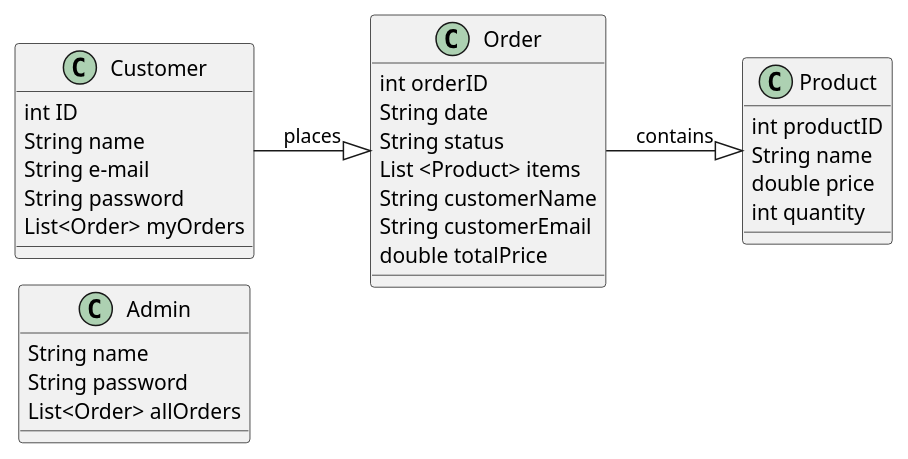
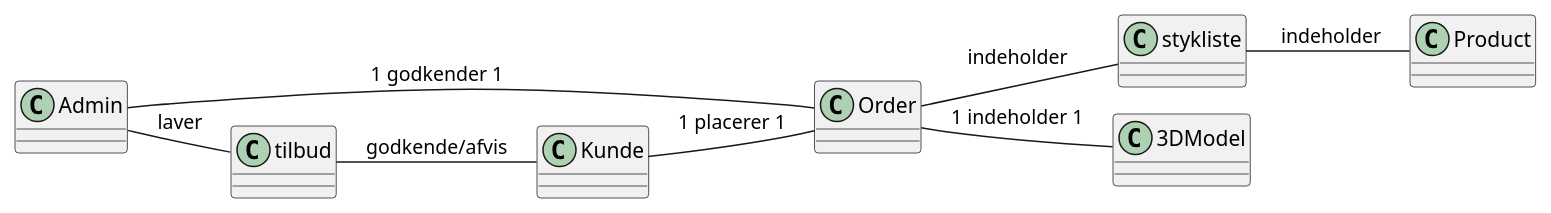
Before and after one commit to JuliusLansner/CarportWebapp: the diagram in src/main/plantUML/domain_diagram.puml, drawn with PlantUML. The commit also changed 2 other files, not shown here.

Commit message:
joint refactoring of diagrams

```diff
--- a/src/main/plantUML/domain_diagram.puml
+++ b/src/main/plantUML/domain_diagram.puml
@@ -1,43 +1,42 @@
 @startuml
 !pragma layout smetana
 
 'domæne diagram er før vi koder = virkelig verden H.D.J
 ' identicifere conceptuelle klasser --> finde navne ord. kunde, admin, stykliste, osv.
 ' minder meget om EER diagram?
+' kan lave til "alm mennesker". Evt. samme nmed martin. Et overblik og sammenspil mellem entiteter.
 
 left to right direction
 
 class Admin{
-    String name
-    String password
-    List<Order> allOrders
+
 }
 
-class Customer{
-    int ID
-    String name
-    String e-mail
-    String password
-    List<Order> myOrders
+class Kunde{
+
 }
 
 class Order{
-    int orderID
-    String date
-    String status
-    List <Product> items
-    String customerName
-    String customerEmail
-    double totalPrice
+
 }
 
 class Product{
-    int productID
-    String name
-    double price
-    int quantity
+
 }
 
-Customer --|>  Order :places
-Order --|> Product :contains
+class stykliste{
+}
+
+class tilbud{
+}
+
+class 3DModel{}
+
+Kunde --  Order :1 placerer 1
+Order -- 3DModel :1 indeholder 1
+Admin -- Order :1 godkender 1
+Admin -- tilbud : laver
+tilbud -- Kunde : godkende/afvis
+Order -- stykliste : indeholder
+stykliste -- Product : indeholder
 @enduml
```
